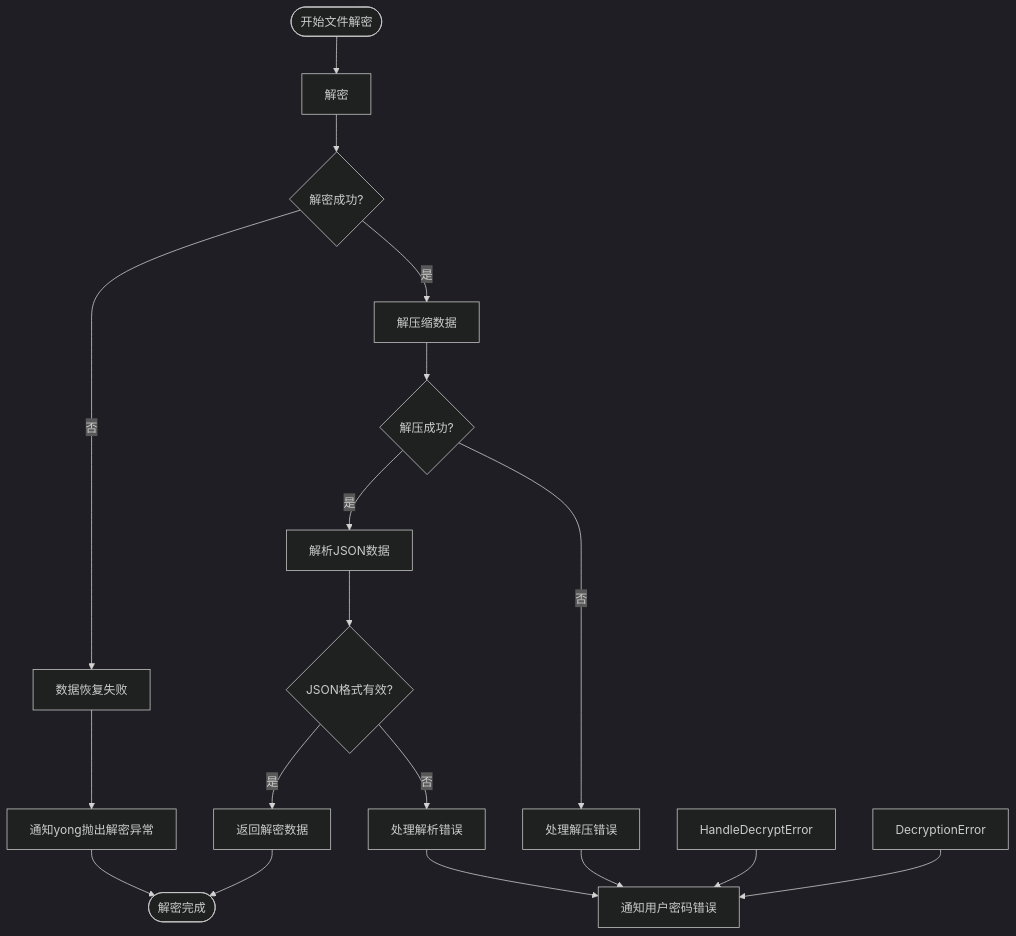
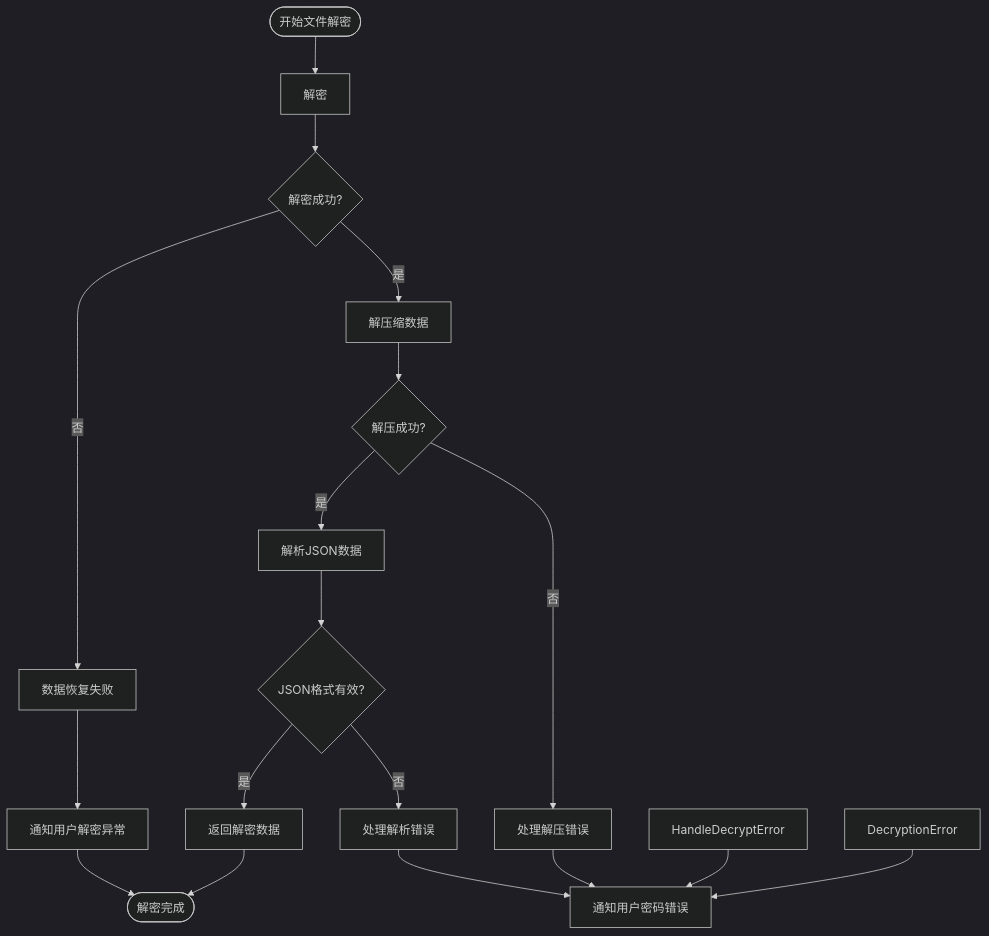
The diagram in all/未命名-53.md (yingjianzh/iodraw-files), drawn with Mermaid (dark theme) before and after one commit.

Commit message:
2025-05-09 18:11:43 update

````diff
--- a/all/未命名-53.md
+++ b/all/未命名-53.md
@@ -1,26 +1,26 @@
 ```mermaid
 flowchart TD
     Start([开始文件解密]) --> ReadFile[解密]
     ReadFile --> DecryptionSuccess{解密成功?}
     
     DecryptionSuccess -->|否| A[数据恢复失败]
     DecryptionSuccess -->|是| DecompressData[解压缩数据]
     
     DecompressData --> DecompressionSuccess{解压成功?}
     DecompressionSuccess -->|否| HandleDecompressError[处理解压错误]
     DecompressionSuccess -->|是| ParseJSON[解析JSON数据]
     
     ParseJSON --> JSONValid{JSON格式有效?}
     JSONValid -->|否| HandleParseError[处理解析错误]
     JSONValid -->|是| ReturnDecryptedData[返回解密数据]
     
     ReturnDecryptedData --> End([解密完成])
     
     DecryptionError --> LogError[通知用户密码错误]
     HandleDecryptError --> LogError
     HandleDecompressError --> LogError
     HandleParseError --> LogError
     
-    A --> ThrowException[通知yong抛出解密异常]
+    A --> ThrowException[通知用户解密异常]
     ThrowException --> End
 ```
````
